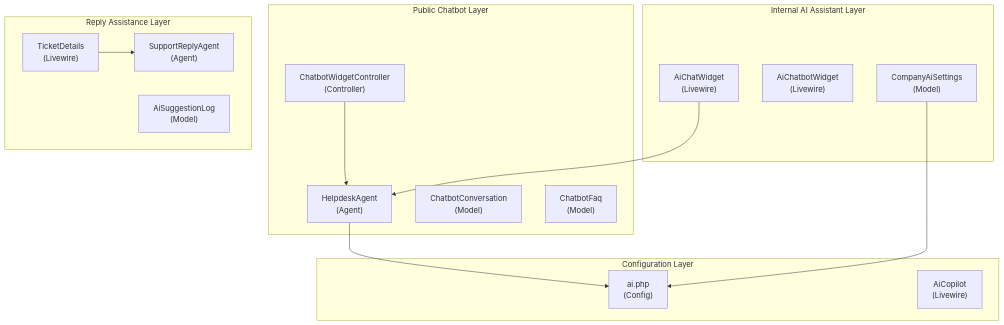
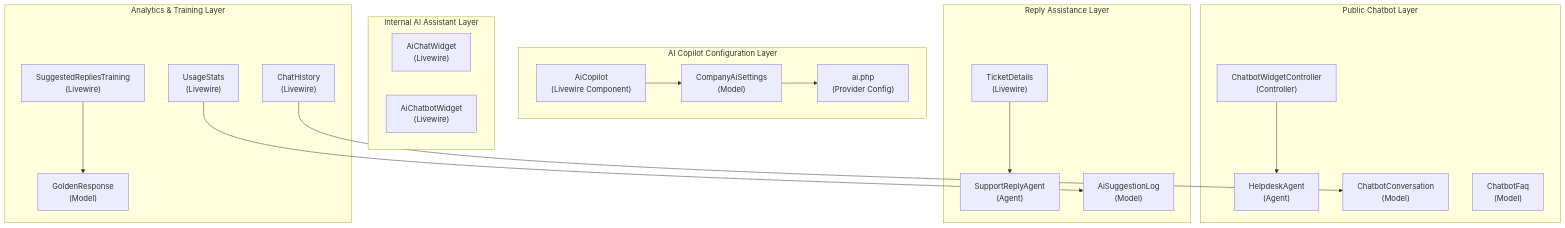
One commit to younesgamer68/helpdesk-system changed the first of 12 diagrams in .qoder/repowiki/en/content/AI Integration/AI Integration.md. Above: the diagram before and after it, drawn with Mermaid. The commit also changed other lines of this file and 12 other files, not shown here.

````diff
--- a/.qoder/repowiki/en/content/AI Integration/AI Integration.md
+++ b/.qoder/repowiki/en/content/AI Integration/AI Integration.md
@@ -58,28 +75,36 @@
 ```mermaid
 graph TB
+subgraph "AI Copilot Configuration Layer"
+A["AiCopilot<br/>(Livewire Component)"]
+B["CompanyAiSettings<br/>(Model)"]
+C["ai.php<br/>(Provider Config)"]
+end
 subgraph "Public Chatbot Layer"
-A["HelpdeskAgent<br/>(Agent)"]
-B["ChatbotWidgetController<br/>(Controller)"]
-C["ChatbotConversation<br/>(Model)"]
-D["ChatbotFaq<br/>(Model)"]
+D["HelpdeskAgent<br/>(Agent)"]
+E["ChatbotWidgetController<br/>(Controller)"]
+F["ChatbotConversation<br/>(Model)"]
+G["ChatbotFaq<br/>(Model)"]
 end
 subgraph "Internal AI Assistant Layer"
-E["AiChatWidget<br/>(Livewire)"]
-F["AiChatbotWidget<br/>(Livewire)"]
-G["CompanyAiSettings<br/>(Model)"]
+H["AiChatWidget<br/>(Livewire)"]
+I["AiChatbotWidget<br/>(Livewire)"]
 end
 subgraph "Reply Assistance Layer"
-H["SupportReplyAgent<br/>(Agent)"]
-I["TicketDetails<br/>(Livewire)"]
-J["AiSuggestionLog<br/>(Model)"]
+J["SupportReplyAgent<br/>(Agent)"]
+K["TicketDetails<br/>(Livewire)"]
+L["AiSuggestionLog<br/>(Model)"]
 end
-subgraph "Configuration Layer"
-K["ai.php<br/>(Config)"]
-L["AiCopilot<br/>(Livewire)"]
+subgraph "Analytics & Training Layer"
+M["UsageStats<br/>(Livewire)"]
+N["ChatHistory<br/>(Livewire)"]
+O["SuggestedRepliesTraining<br/>(Livewire)"]
+P["GoldenResponse<br/>(Model)"]
 end
-B --> A
-E --> A
-I --> H
-A --> K
-G --> K
+A --> B
+B --> C
+E --> D
+K --> J
+M --> L
+N --> F
+O --> P
 ```
````
